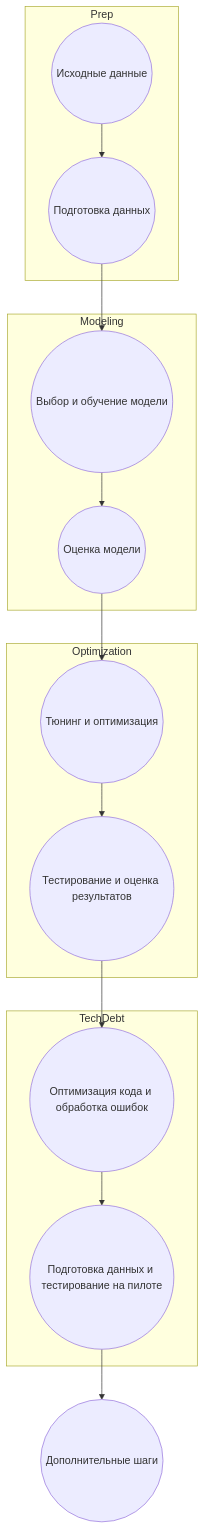
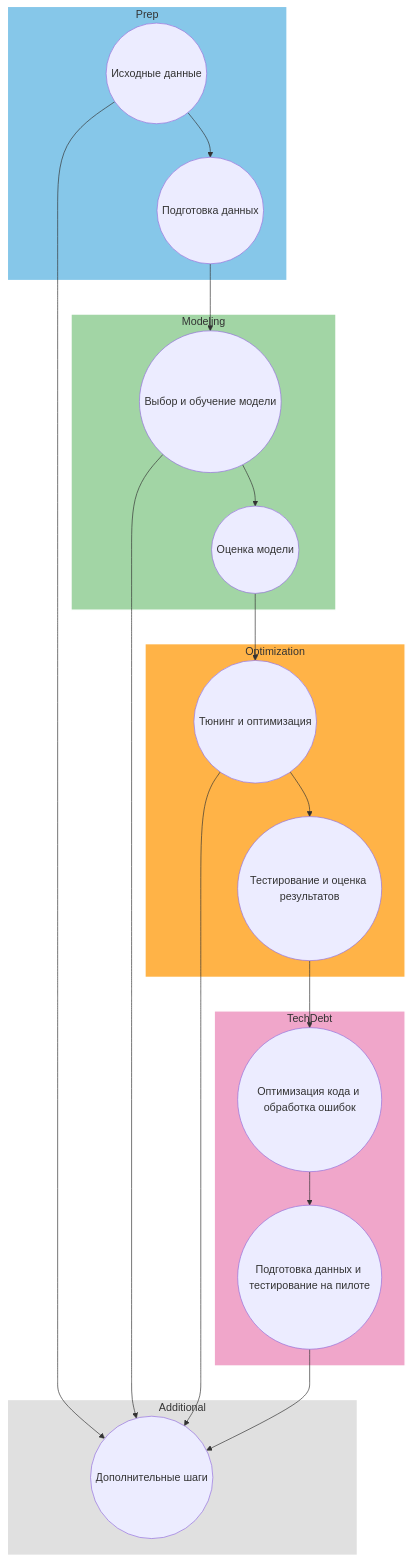
One commit to yliasolom/Behavioral-biometrics changed the diagram in designdoc.md. Above: the diagram before and after it, drawn with Mermaid.

````diff
--- a/designdoc.md
+++ b/designdoc.md
@@ -103,34 +103,44 @@
 ```mermaid
 flowchart TB
+
+style Prep fill:#86c7e9,stroke:#ffffff,stroke-width:2px;
+style Modeling fill:#a2d5a5,stroke:#ffffff,stroke-width:2px;
+style Optimization fill:#ffb347,stroke:#ffffff,stroke-width:2px;
+style TechDebt fill:#f0a6ca,stroke:#ffffff,stroke-width:2px;
+style Additional fill:#e0e0e0,stroke:#ffffff,stroke-width:2px;
 
 subgraph Prep
   A((Исходные данные))
   B((Подготовка данных))
   A --> B
 end
 
 subgraph Modeling
   C((Выбор и обучение модели))
   D((Оценка модели))
   C --> D
+  B --> C
 end
 
 subgraph Optimization
   E((Тюнинг и оптимизация))
   F((Тестирование и оценка результатов))
   E --> F
+  D --> E
 end
 
 subgraph TechDebt
   G((Оптимизация кода и обработка ошибок))
   H((Подготовка данных и тестирование на пилоте))
   G --> H
+  F --> G
 end
 
-I((Дополнительные шаги))
-
-B --> C
-D --> E
-F --> G
-H --> I
+subgraph Additional
+  I((Дополнительные шаги))
+  A --> I
+  C --> I
+  E --> I
+  H --> I
+end
 ```
````
